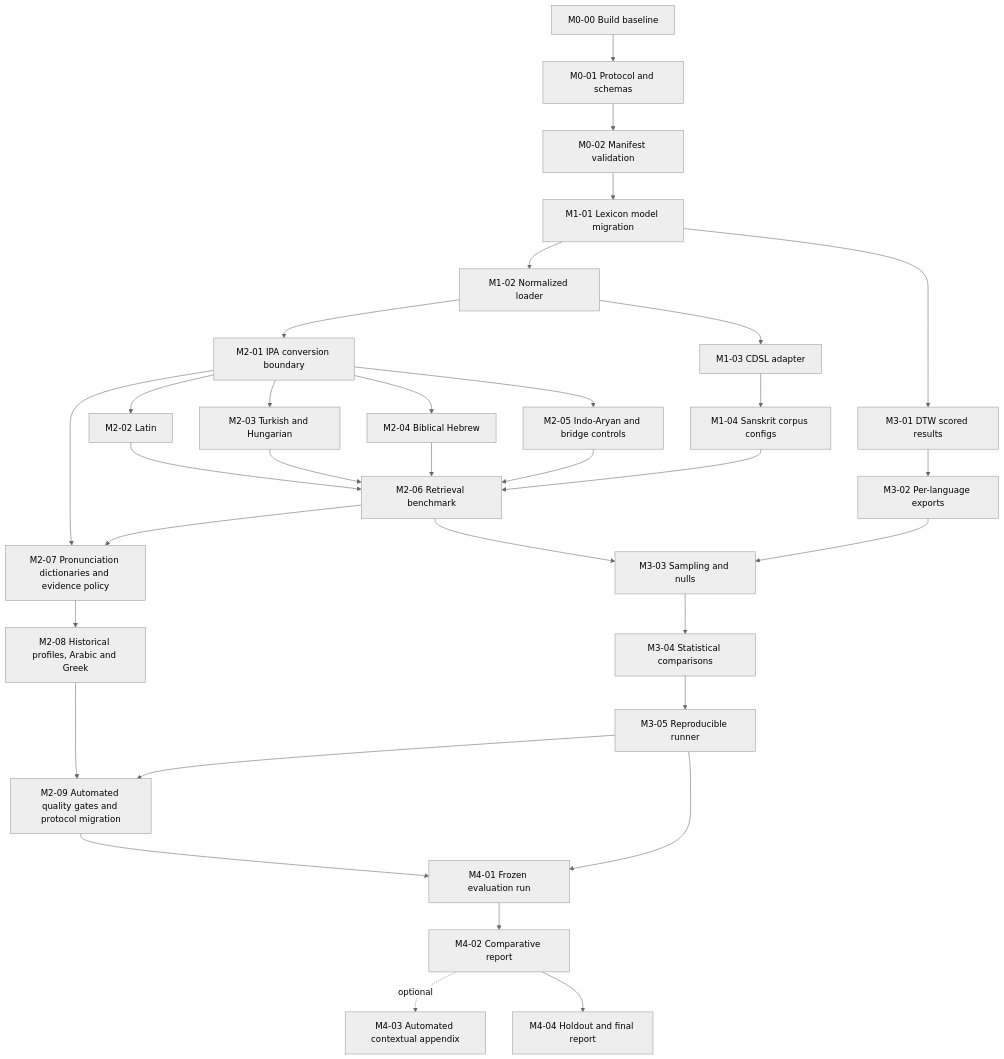
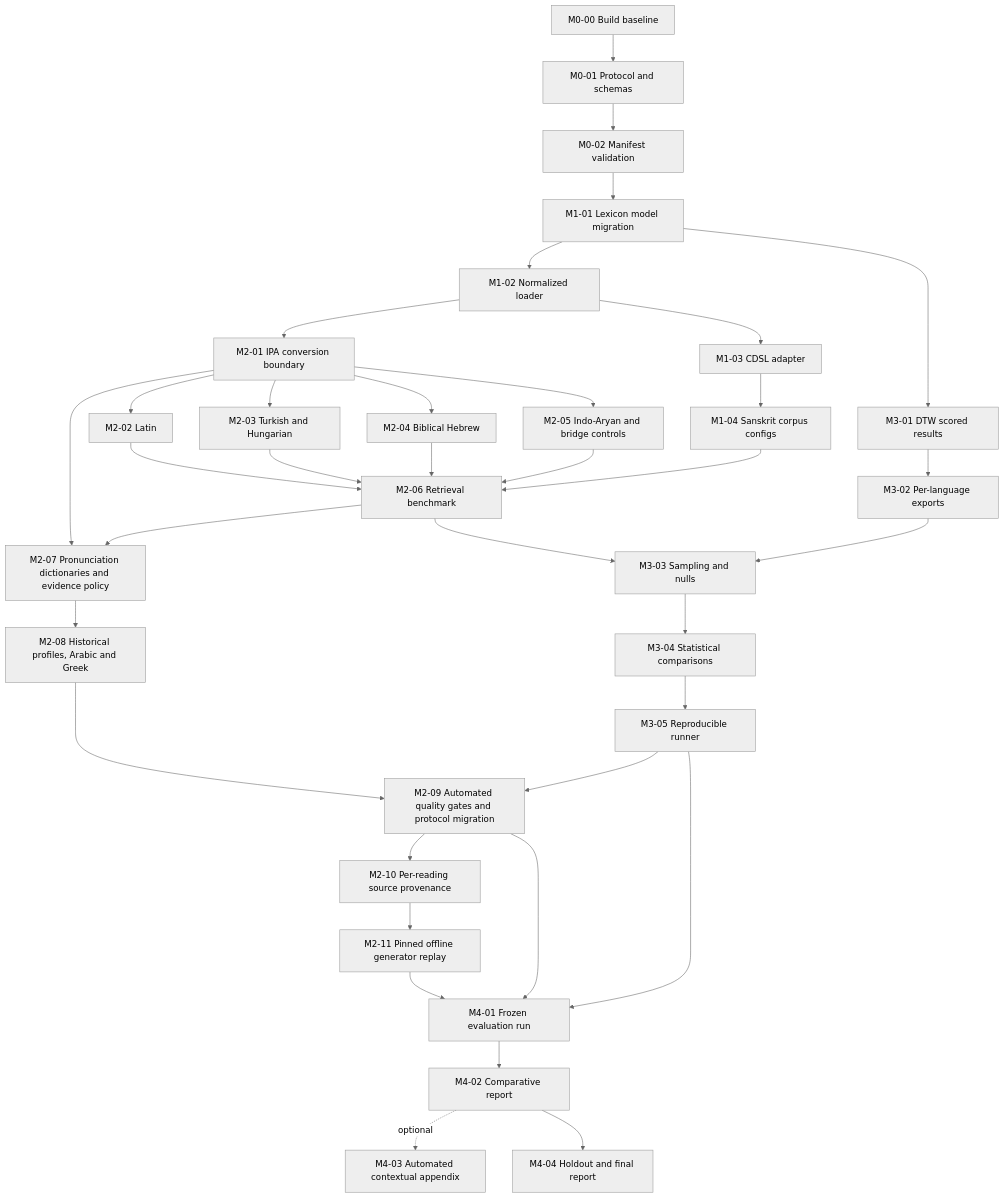
One commit to chalcolith/enochian changed the diagram in docs/milestone-pr-specs.md. Above: the diagram before and after it, drawn with Mermaid (neutral theme). The commit also changed other lines of this file and 22 other files, not shown here.

````diff
--- a/docs/milestone-pr-specs.md
+++ b/docs/milestone-pr-specs.md
@@ -66,35 +66,38 @@
 ```mermaid
 flowchart TD
     M000[M0-00 Build baseline] --> M001[M0-01 Protocol and schemas]
     M001 --> M002[M0-02 Manifest validation]
     M002 --> M101[M1-01 Lexicon model migration]
     M101 --> M102[M1-02 Normalized loader]
     M102 --> M103[M1-03 CDSL adapter]
     M103 --> M104[M1-04 Sanskrit corpus configs]
     M102 --> M201[M2-01 IPA conversion boundary]
     M201 --> M202[M2-02 Latin]
     M201 --> M203[M2-03 Turkish and Hungarian]
     M201 --> M204[M2-04 Biblical Hebrew]
     M201 --> M205[M2-05 Indo-Aryan and bridge controls]
     M202 --> M206[M2-06 Retrieval benchmark]
     M203 --> M206
     M204 --> M206
     M205 --> M206
     M104 --> M206
     M101 --> M301[M3-01 DTW scored results]
     M301 --> M302[M3-02 Per-language exports]
     M206 --> M303[M3-03 Sampling and nulls]
     M302 --> M303
     M303 --> M304[M3-04 Statistical comparisons]
     M304 --> M305[M3-05 Reproducible runner]
     M201 --> M207[M2-07 Pronunciation dictionaries and evidence policy]
     M206 --> M207
     M207 --> M208[M2-08 Historical profiles, Arabic and Greek]
     M208 --> M209[M2-09 Automated quality gates and protocol migration]
     M305 --> M209
+    M209 --> M210[M2-10 Per-reading source provenance]
+    M210 --> M211[M2-11 Pinned offline generator replay]
+    M211 --> M401
     M209 --> M401
     M305 --> M401[M4-01 Frozen evaluation run]
     M401 --> M402[M4-02 Comparative report]
     M402 -. optional .-> M403[M4-03 Automated contextual appendix]
     M402 --> M404[M4-04 Holdout and final report]
 ```
````
